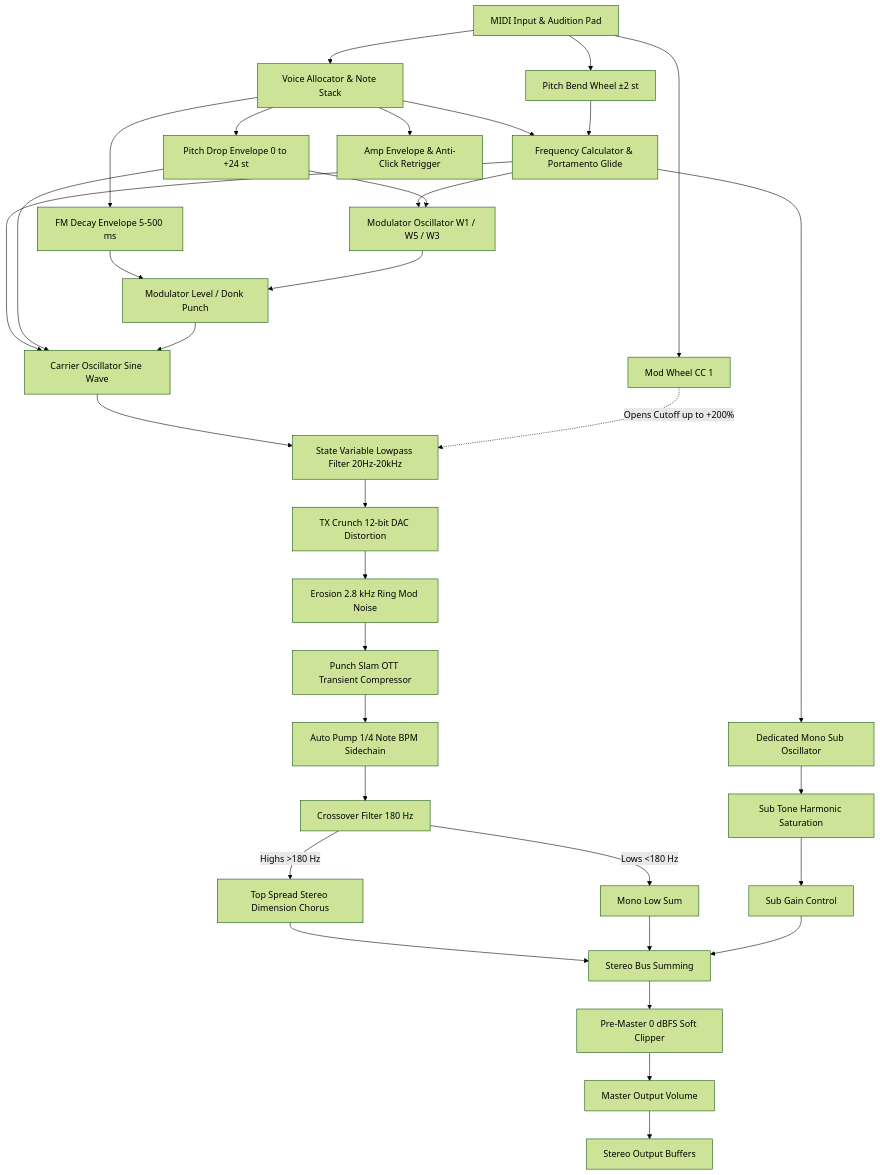
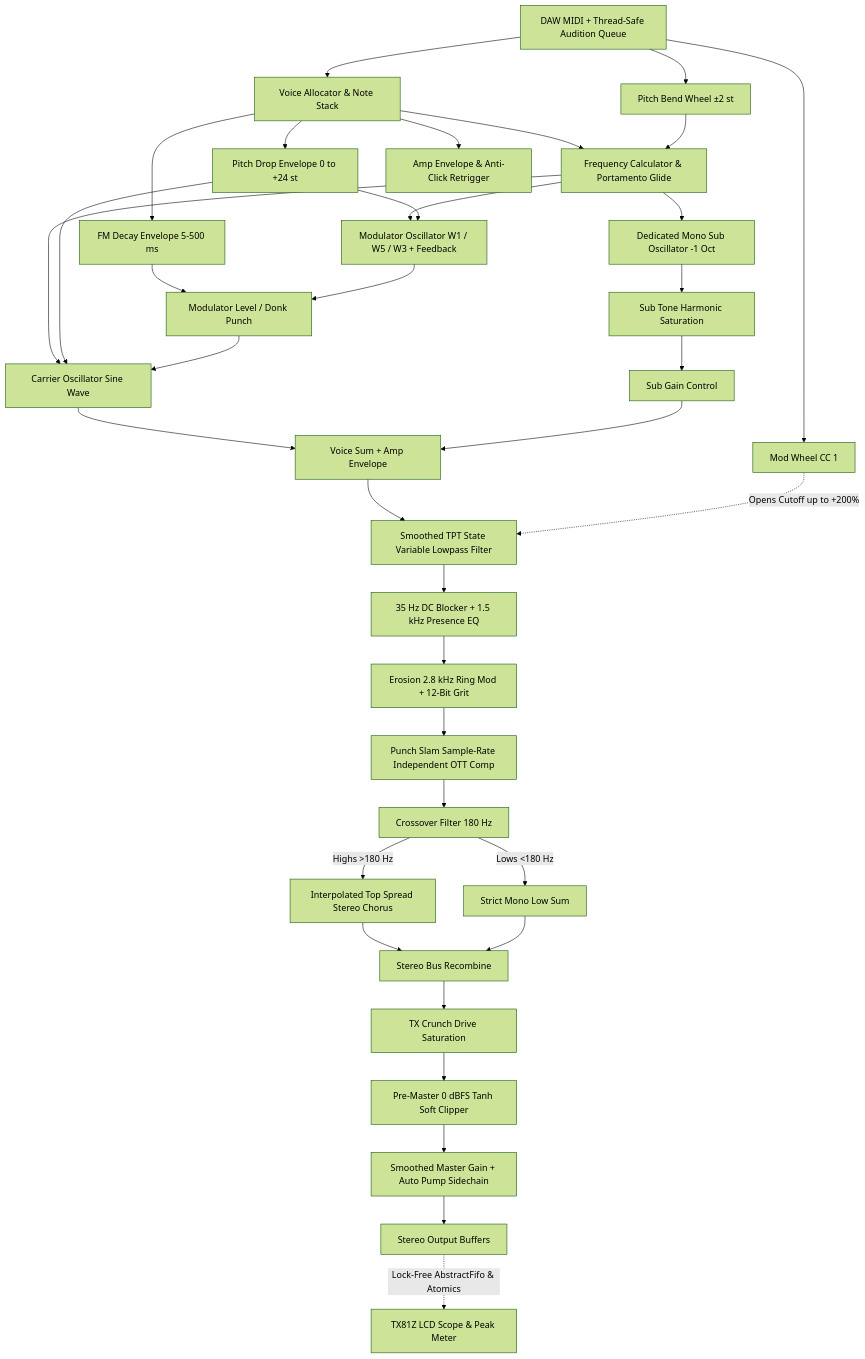
Before and after one commit to laurorobles/ExtasisDonker: the diagram in ARCHITECTURE.md, drawn with Mermaid (forest theme). The commit also changed other lines of this file and 25 other files, not shown here.

Commit message:
release: v4.0.0 - Free & Open Source (GPLv3), lock-free DSP overhaul, GUI scaling & telemetry upgrades, 40 distinct presets

````diff
--- a/ARCHITECTURE.md
+++ b/ARCHITECTURE.md
@@ -11,45 +9,48 @@
 ```mermaid
 graph TD
-    MIDI[MIDI Input & Audition Pad] --> VoiceAlloc[Voice Allocator & Note Stack]
+    MIDI[DAW MIDI + Thread-Safe Audition Queue] --> VoiceAlloc[Voice Allocator & Note Stack]
     MIDI --> PitchBend[Pitch Bend Wheel ±2 st]
     MIDI --> ModWheel[Mod Wheel CC 1]
     
     VoiceAlloc --> FreqCalc[Frequency Calculator & Portamento Glide]
     PitchBend --> FreqCalc
     VoiceAlloc --> PitchTransient[Pitch Drop Envelope 0 to +24 st]
     VoiceAlloc --> FMEnv[FM Decay Envelope 5-500 ms]
     VoiceAlloc --> AmpEnv[Amp Envelope & Anti-Click Retrigger]
     
-    FreqCalc --> ModOsc[Modulator Oscillator W1 / W5 / W3]
+    FreqCalc --> ModOsc[Modulator Oscillator W1 / W5 / W3 + Feedback]
     PitchTransient --> ModOsc
     FMEnv --> ModAmp[Modulator Level / Donk Punch]
     ModOsc --> ModAmp
     
     FreqCalc --> CarrierOsc[Carrier Oscillator Sine Wave]
     PitchTransient --> CarrierOsc
     ModAmp --> CarrierOsc
     
-    CarrierOsc --> SVFFilter[State Variable Lowpass Filter 20Hz-20kHz]
+    FreqCalc --> SubOsc[Dedicated Mono Sub Oscillator -1 Oct]
+    SubOsc --> SubTone[Sub Tone Harmonic Saturation]
+    SubTone --> SubGain[Sub Gain Control]
+
+    CarrierOsc --> SumVoice[Voice Sum + Amp Envelope]
+    SubGain --> SumVoice
+    
+    SumVoice --> SVFFilter[Smoothed TPT State Variable Lowpass Filter]
     ModWheel -.->|Opens Cutoff up to +200%| SVFFilter
     
-    SVFFilter --> TXCrunch[TX Crunch 12-bit DAC Distortion]
-    TXCrunch --> Erosion[Erosion 2.8 kHz Ring Mod Noise]
-    Erosion --> PunchSlam[Punch Slam OTT Transient Compressor]
-    PunchSlam --> AutoPump[Auto Pump 1/4 Note BPM Sidechain]
+    SVFFilter --> BaseEQ[35 Hz DC Blocker + 1.5 kHz Presence EQ]
+    BaseEQ --> Erosion[Erosion 2.8 kHz Ring Mod + 12-Bit Grit]
+    Erosion --> PunchSlam[Punch Slam Sample-Rate Independent OTT Comp]
     
-    FreqCalc --> SubOsc[Dedicated Mono Sub Oscillator]
-    SubOsc --> SubTone[Sub Tone Harmonic Saturation]
-    SubTone --> SubGain[Sub Gain Control]
+    PunchSlam --> Crossover[Crossover Filter 180 Hz]
+    Crossover -->|Highs >180 Hz| TopSpread[Interpolated Top Spread Stereo Chorus]
+    Crossover -->|Lows <180 Hz| MonoSum[Strict Mono Low Sum]
     
-    AutoPump --> Crossover[Crossover Filter 180 Hz]
-    Crossover -->|Highs >180 Hz| TopSpread[Top Spread Stereo Dimension Chorus]
-    Crossover -->|Lows <180 Hz| MonoSum[Mono Low Sum]
+    TopSpread --> StereoMixer[Stereo Bus Recombine]
+    MonoSum --> StereoMixer
     
-    TopSpread --> StereoMixer[Stereo Bus Summing]
-    MonoSum --> StereoMixer
-    SubGain --> StereoMixer
-    
-    StereoMixer --> SoftClip[Pre-Master 0 dBFS Soft Clipper]
-    SoftClip --> MasterGain[Master Output Volume]
+    StereoMixer --> Drive[TX Crunch Drive Saturation]
+    Drive --> SoftClip[Pre-Master 0 dBFS Tanh Soft Clipper]
+    SoftClip --> MasterGain[Smoothed Master Gain + Auto Pump Sidechain]
     MasterGain --> AudioOut[Stereo Output Buffers]
+    AudioOut -.->|Lock-Free AbstractFifo & Atomics| LCD[TX81Z LCD Scope & Peak Meter]
 ```
````
